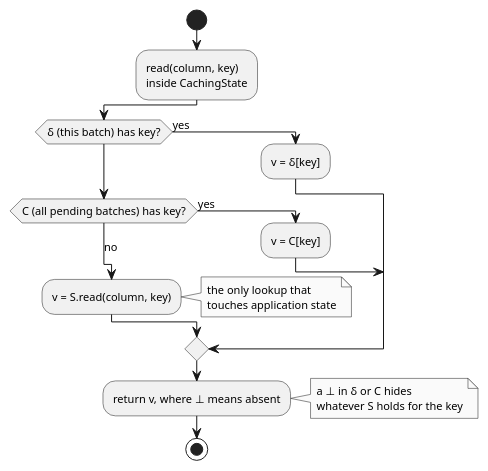
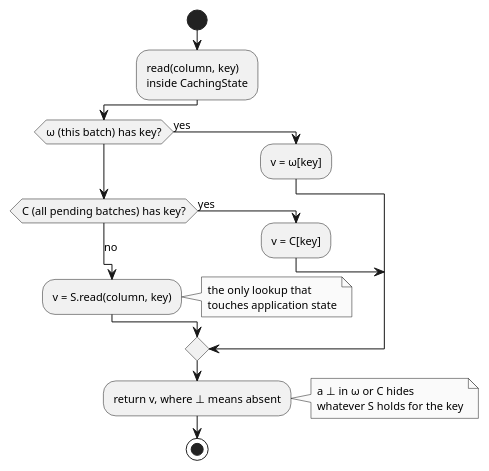
The diagram in Atlas-SMR-Preemptive-Execution/docs/context/diagrams/preemptive-context-cache-read-resolution.puml (nuno1212s/Atlas), drawn with PlantUML before and after one commit. The commit also changed 9 other files, not shown here.

First line of the commit message:
docs(preemptive): diagram iteration 02 - Omega/Delta decision notation

```diff
--- a/Atlas-SMR-Preemptive-Execution/docs/context/diagrams/preemptive-context-cache-read-resolution.puml
+++ b/Atlas-SMR-Preemptive-Execution/docs/context/diagrams/preemptive-context-cache-read-resolution.puml
@@ -1,33 +1,33 @@
 @startuml preemptive-context-cache-read-resolution
 skinparam monochrome true
 skinparam shadowing false
 skinparam defaultFontName Helvetica
 skinparam defaultFontSize 11
 skinparam packageStyle rectangle
 skinparam classAttributeIconSize 0
 skinparam linetype polyline
 skinparam nodesep 30
 skinparam ranksep 40
 skinparam frame {
   BorderThickness 2
 }
 skinparam hexagon {
   BorderStyle dashed
 }
 skinparam ActivityDiamondFontSize 11
 !pragma useVerticalIf on
 start
 :read(column, key)
 inside CachingState;
-if (δ (this batch) has key?) then (yes)
-  :v = δ[key];
+if (ω (this batch) has key?) then (yes)
+  :v = ω[key];
 elseif (C (all pending batches) has key?) then (yes)
   :v = C[key];
 else (no)
   :v = S.read(column, key);
   note right: the only lookup that\ntouches application state
 endif
 :return v, where ⊥ means absent;
-note right: a ⊥ in δ or C hides\nwhatever S holds for the key
+note right: a ⊥ in ω or C hides\nwhatever S holds for the key
 stop
 @enduml
```
